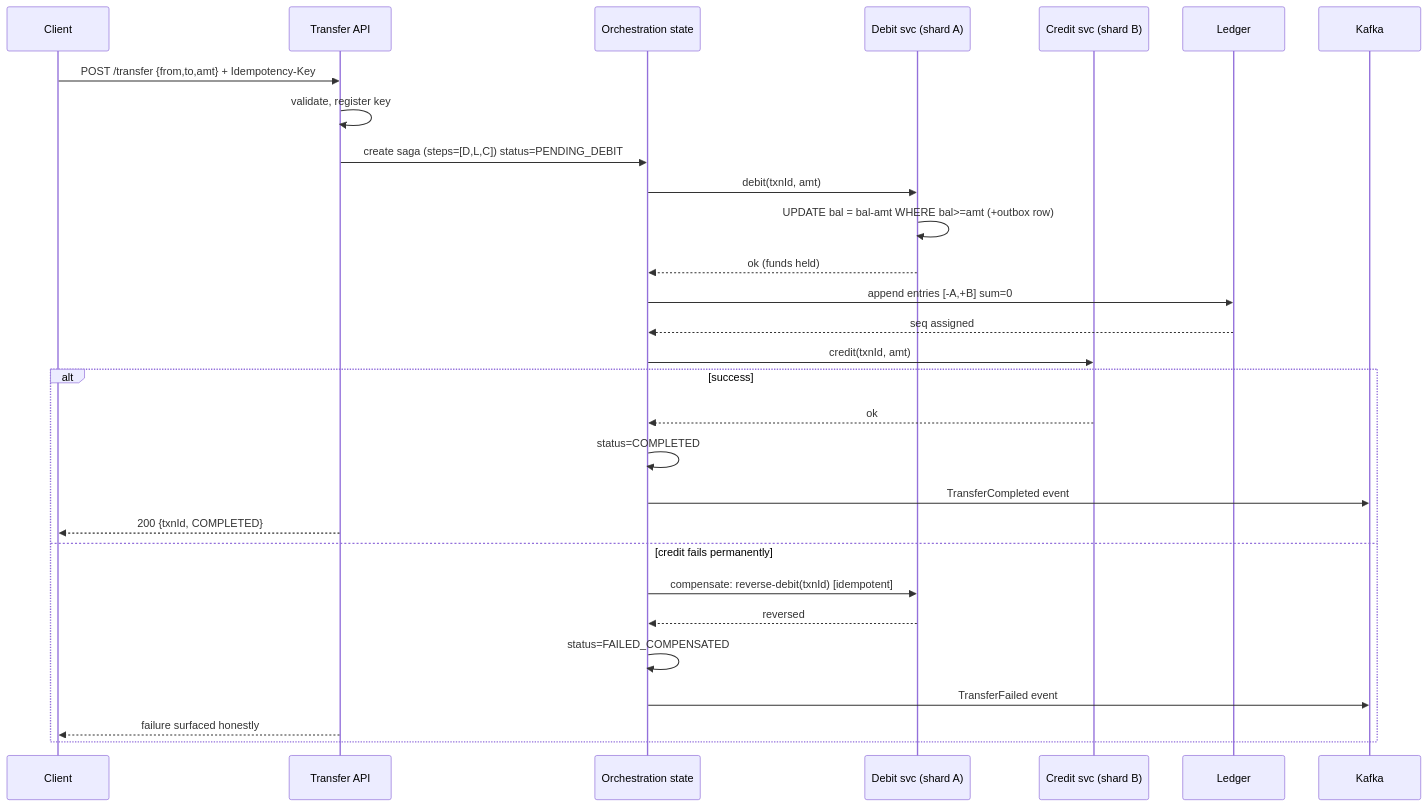
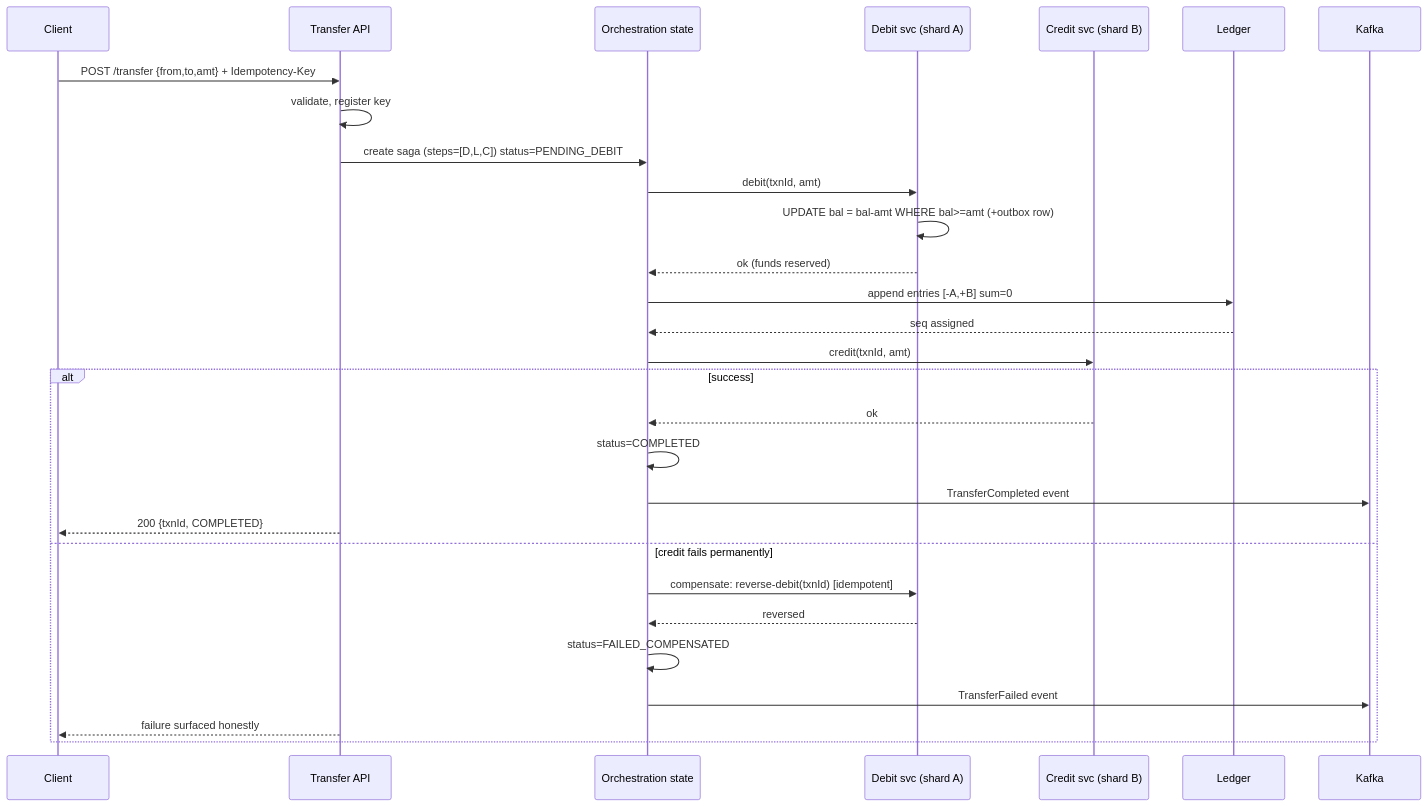
One commit to abhishekghoshh/system-design-helper changed the fifth of 12 diagrams in docs/system-design/high-level/designing/advanced/distributed-transaction-banking-system.md. Above: the diagram before and after it, drawn with Mermaid. The commit also changed other lines of this file and 107 other files, not shown here.

````diff
--- a/docs/system-design/high-level/designing/advanced/distributed-transaction-banking-system.md
+++ b/docs/system-design/high-level/designing/advanced/distributed-transaction-banking-system.md
@@ -382,32 +528,32 @@
 ```mermaid
 sequenceDiagram
     participant C as Client
     participant API as Transfer API
     participant OS as Orchestration state
     participant DA as Debit svc (shard A)
     participant CA as Credit svc (shard B)
     participant LG as Ledger
     participant K as Kafka
 
     C->>API: POST /transfer {from,to,amt} + Idempotency-Key
     API->>API: validate, register key
     API->>OS: create saga (steps=[D,L,C]) status=PENDING_DEBIT
     OS->>DA: debit(txnId, amt)
     DA->>DA: UPDATE bal = bal-amt WHERE bal>=amt (+outbox row)
-    DA-->>OS: ok (funds held)
+    DA-->>OS: ok (funds reserved)
     OS->>LG: append entries [-A,+B] sum=0
     LG-->>OS: seq assigned
     OS->>CA: credit(txnId, amt)
     alt success
         CA-->>OS: ok
         OS->>OS: status=COMPLETED
         OS->>K: TransferCompleted event
         API-->>C: 200 {txnId, COMPLETED}
     else credit fails permanently
         OS->>DA: compensate: reverse-debit(txnId) [idempotent]
         DA-->>OS: reversed
         OS->>OS: status=FAILED_COMPENSATED
         OS->>K: TransferFailed event
         API-->>C: failure surfaced honestly
     end
 ```
````
